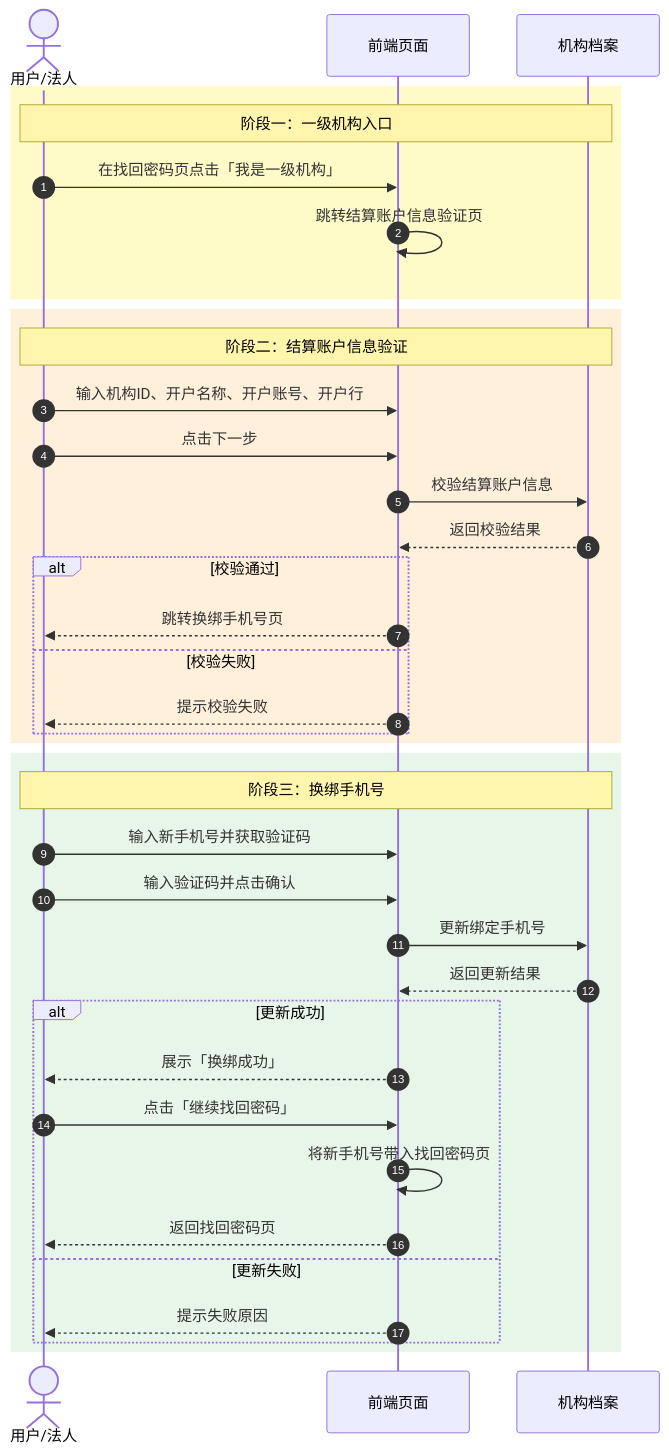
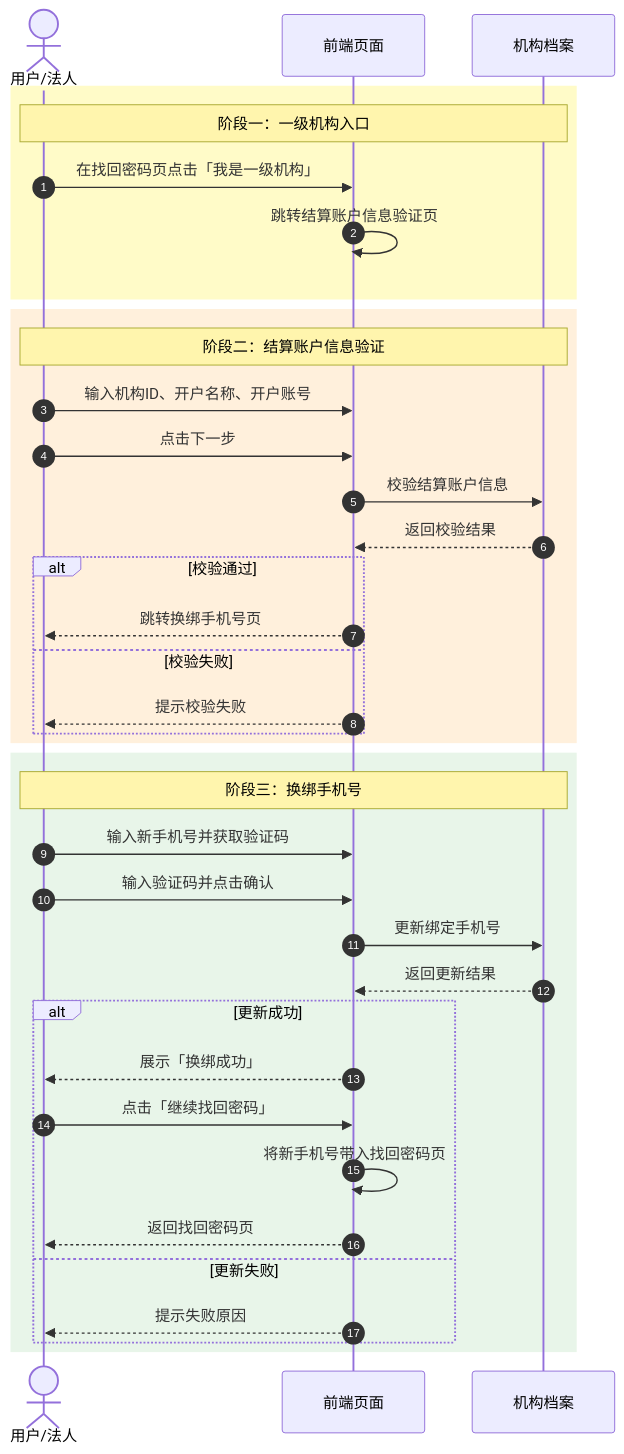
Before and after one commit to Gaohailinga/org-phone-recovery-prototype: the diagram in sequence-diagram.md, drawn with Mermaid. The commit also changed 9 other files, not shown here.

````diff
--- a/sequence-diagram.md
+++ b/sequence-diagram.md
@@ -5,42 +5,42 @@
 ```mermaid
 sequenceDiagram
     autonumber
     actor U as 用户/法人
     participant FE as 前端页面
     participant AS as 机构档案
 
     rect rgb(255, 251, 200)
         Note over U,AS: 阶段一：一级机构入口
         U->>FE: 在找回密码页点击「我是一级机构」
         FE->>FE: 跳转结算账户信息验证页
     end
 
     rect rgb(255, 240, 220)
         Note over U,AS: 阶段二：结算账户信息验证
-        U->>FE: 输入机构ID、开户名称、开户账号、开户行
+        U->>FE: 输入机构ID、开户名称、开户账号
         U->>FE: 点击下一步
         FE->>AS: 校验结算账户信息
         AS-->>FE: 返回校验结果
         alt 校验通过
             FE-->>U: 跳转换绑手机号页
         else 校验失败
             FE-->>U: 提示校验失败
         end
     end
 
     rect rgb(232, 245, 233)
         Note over U,AS: 阶段三：换绑手机号
         U->>FE: 输入新手机号并获取验证码
         U->>FE: 输入验证码并点击确认
         FE->>AS: 更新绑定手机号
         AS-->>FE: 返回更新结果
         alt 更新成功
             FE-->>U: 展示「换绑成功」
             U->>FE: 点击「继续找回密码」
             FE->>FE: 将新手机号带入找回密码页
             FE-->>U: 返回找回密码页
         else 更新失败
             FE-->>U: 提示失败原因
         end
     end
 ```
````
